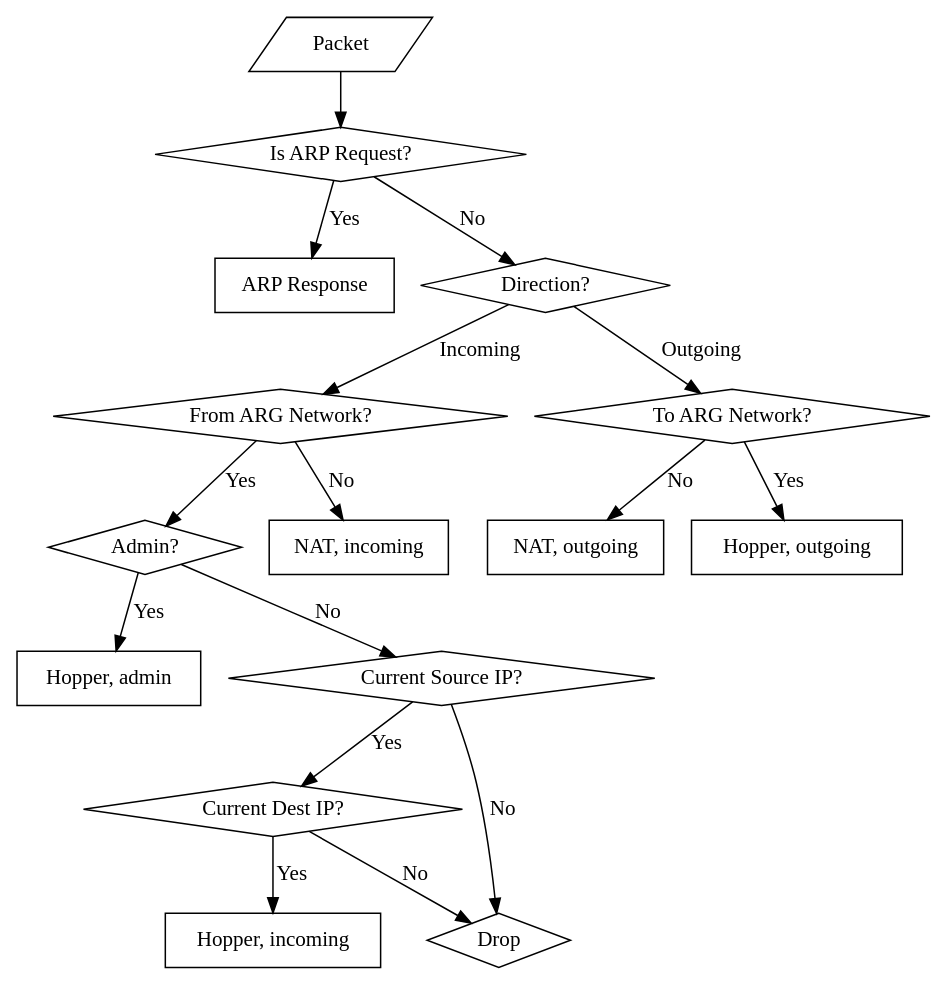
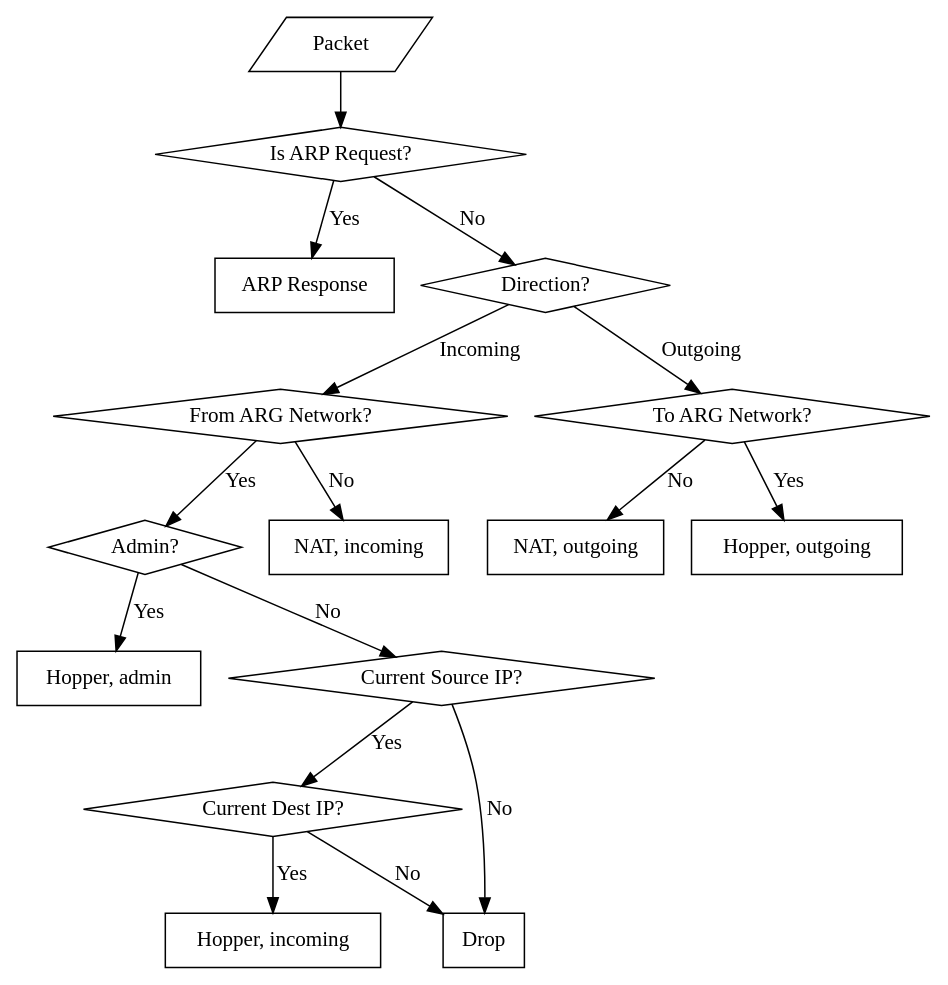
One commit to traherom/arg_thesis changed the diagram in diagrams/flow_director.dot. Above: the diagram before and after it, drawn with Graphviz.

Commit message:
Drop made into a rectangle, because it's an action. Duh

```diff
--- a/diagrams/flow_director.dot
+++ b/diagrams/flow_director.dot
@@ -1,48 +1,48 @@
 digraph G {
 	margin=0;
 	is_arp [label="Is ARP Request?", shape="diamond"]
 	packet [label="Packet", shape="parallelogram"]
 
 	packet -> is_arp
 
 	arp_resp [label="ARP Response", shape="rectangle"]
 	direction [label="Direction?", shape="diamond"]
 
 	is_arp -> arp_resp [label="Yes"]
 	is_arp -> direction [label="No"]
 
 	from_arg [label="From ARG Network?", shape="diamond"]
 	to_arg [label="To ARG Network?", shape="diamond"]
 
 	direction -> from_arg [label="Incoming"]
 	direction -> to_arg [label="Outgoing"]
 
 	admin [label="Admin?", shape="diamond"]
 	nat_in [label="NAT, incoming", shape="rectangle"]
 
 	from_arg -> admin [label="Yes"]
 	from_arg -> nat_in [label="No"]
 
 	hop_adm [label="Hopper, admin", shape="rectangle"]
 	src_ip [label="Current Source IP?", shape="diamond"]
 	dest_ip [label="Current Dest IP?", shape="diamond"]
 
 	admin -> hop_adm [label="Yes"]
 	admin -> src_ip [label="No"]
 
-	reject [label="Drop", shape="diamond"]
+	reject [label="Drop", shape="rectangle"]
 
 	src_ip -> dest_ip [label="Yes"]
 	src_ip -> reject [label="No"]
 
 	hop_in [label="Hopper, incoming", shape="rectangle"]
 
 	dest_ip -> hop_in [label="Yes"]
 	dest_ip -> reject [label="No"]
 
 	nat_out [label="NAT, outgoing", shape="rectangle"]
 	hop_out [label="Hopper, outgoing", shape="rectangle"]
 
 	to_arg -> hop_out [label="Yes"]
 	to_arg -> nat_out [label="No"]
 }
```
